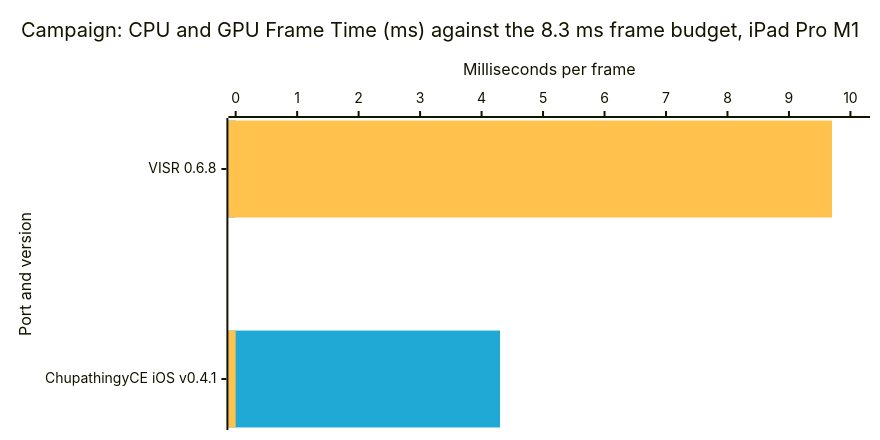
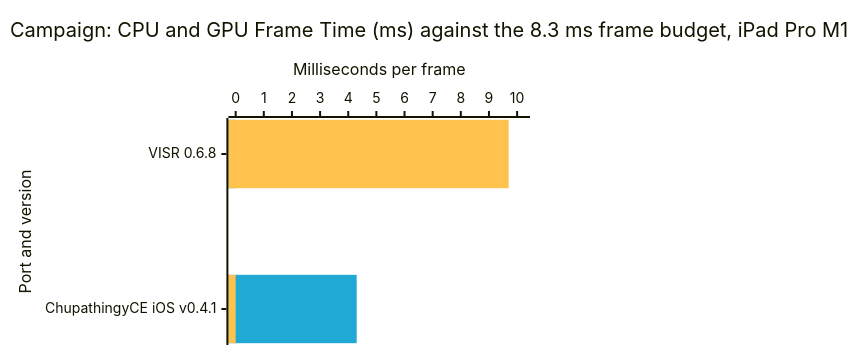
Before and after one commit to VISR-CE/visr: the second of 7 diagrams in docs/benchmarks.md, drawn with Mermaid. The commit also changed other lines of this file and 16 other files, not shown here.

First line of the commit message:
💄 style(benchmarks): size each chart to its device screen so it fills the frame — the chart canvas follows the screen's aspect instead of 860 by 420, the SVG scales to the whole screen box, and the iPad, iPhone and Mac frames take the full width on a phone

````diff
--- a/docs/benchmarks.md
+++ b/docs/benchmarks.md
@@ -48,17 +48,17 @@
 ```mermaid
 ---
 config:
   xyChart:
-    width: 860
-    height: 420
+    width: 520
+    height: 335
   themeVariables:
     xyChart:
       plotColorPalette: "#1fa9d4, #ffc24d"
 ---
 xychart-beta horizontal
     title "Campaign: CPU and GPU Frame Time (ms) against the 8.3 ms frame budget, iPad Pro M1"
     x-axis "Port and version" ["VISR 0.6.8", "ChupathingyCE iOS v0.4.1"]
     y-axis "Milliseconds per frame" 0 --> 10.2
     bar [0, 4.3]
     bar [9.7, 0]
 ```
````
